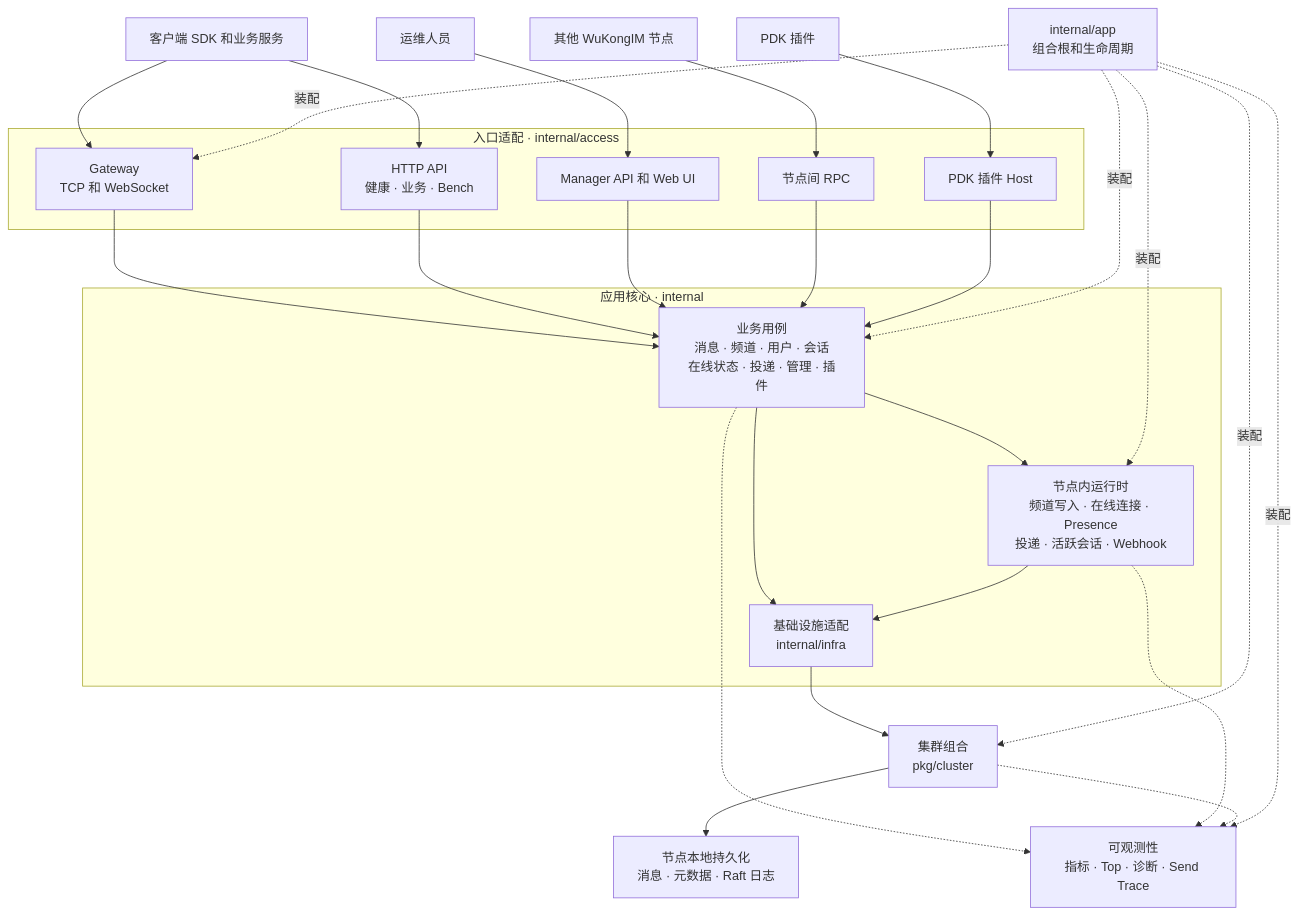
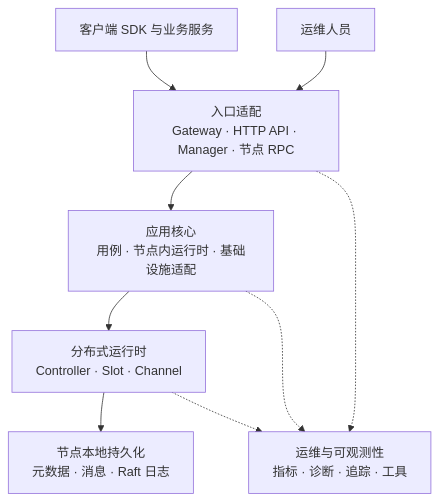
One commit to WuKongIM/WuKongIM changed the diagram in README_CN.md. Above: the diagram before and after it, drawn with Mermaid. The commit also changed other lines of this file and 1 other file, not shown here.

````diff
--- a/README_CN.md
+++ b/README_CN.md
@@ -71,50 +127,19 @@
 ```mermaid
 flowchart TB
-    Client["客户端 SDK 和业务服务"]
+    Client["客户端 SDK 与业务服务"]
     Operator["运维人员"]
-    Plugin["PDK 插件"]
-    Peer["其他 WuKongIM 节点"]
+    Access["入口适配<br/>Gateway · HTTP API · Manager · 节点 RPC"]
+    Core["应用核心<br/>用例 · 节点内运行时 · 基础设施适配"]
+    Cluster["分布式运行时<br/>Controller · Slot · Channel"]
+    Storage["节点本地持久化<br/>元数据 · 消息 · Raft 日志"]
+    Observe["运维与可观测性<br/>指标 · 诊断 · 追踪 · 工具"]
 
-    subgraph Access["入口适配 · internal/access"]
-        Gateway["Gateway<br/>TCP 和 WebSocket"]
-        API["HTTP API<br/>健康 · 业务 · Bench"]
-        Manager["Manager API 和 Web UI"]
-        NodeRPC["节点间 RPC"]
-        PluginHost["PDK 插件 Host"]
-    end
-
-    subgraph Core["应用核心 · internal"]
-        Usecase["业务用例<br/>消息 · 频道 · 用户 · 会话<br/>在线状态 · 投递 · 管理 · 插件"]
-        Runtime["节点内运行时<br/>频道写入 · 在线连接 · Presence<br/>投递 · 活跃会话 · Webhook"]
-        Infra["基础设施适配<br/>internal/infra"]
-    end
-
-    Cluster["集群组合<br/>pkg/cluster"]
-    Storage["节点本地持久化<br/>消息 · 元数据 · Raft 日志"]
-    Observe["可观测性<br/>指标 · Top · 诊断 · Send Trace"]
-    App["internal/app<br/>组合根和生命周期"]
-
-    Client --> Gateway
-    Client --> API
-    Operator --> Manager
-    Plugin --> PluginHost
-    Peer --> NodeRPC
-    Gateway --> Usecase
-    API --> Usecase
-    Manager --> Usecase
-    NodeRPC --> Usecase
-    PluginHost --> Usecase
-    Usecase --> Runtime
-    Usecase --> Infra
-    Runtime --> Infra
-    Infra --> Cluster
+    Client --> Access
+    Operator --> Access
+    Access --> Core
+    Core --> Cluster
     Cluster --> Storage
-    Usecase -.-> Observe
-    Runtime -.-> Observe
+    Access -.-> Observe
+    Core -.-> Observe
     Cluster -.-> Observe
-    App -.->|装配| Gateway
-    App -.->|装配| Usecase
-    App -.->|装配| Runtime
-    App -.->|装配| Cluster
-    App -.->|装配| Observe
 ```
````
